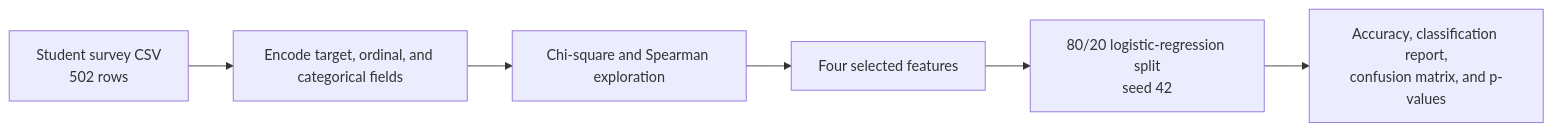
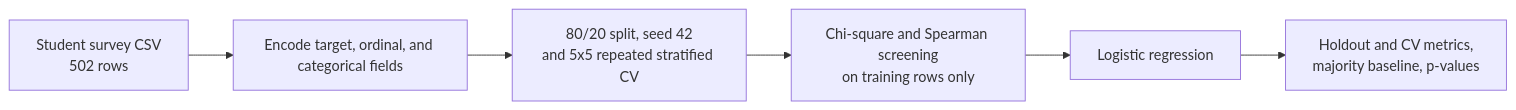
One commit to junhyung-L/student-depression-risk-analysis changed the diagram in README.md. Above: the diagram before and after it, drawn with Mermaid. The commit also changed other lines of this file and 10 other files, not shown here.

First line of the commit message:
Select features inside the training split; add repeated CV

````diff
--- a/README.md
+++ b/README.md
@@ -34,8 +35,8 @@
 ```mermaid
 flowchart LR
     A[Student survey CSV<br/>502 rows] --> B[Encode target, ordinal, and categorical fields]
-    B --> C[Chi-square and Spearman exploration]
-    C --> D[Four selected features]
-    D --> E[80/20 logistic-regression split<br/>seed 42]
-    E --> F[Accuracy, classification report,<br/>confusion matrix, and p-values]
+    B --> C[80/20 split, seed 42<br/>and 5x5 repeated stratified CV]
+    C --> D[Chi-square and Spearman screening<br/>on training rows only]
+    D --> E[Logistic regression]
+    E --> F[Holdout and CV metrics,<br/>majority baseline, p-values]
 ```
````
